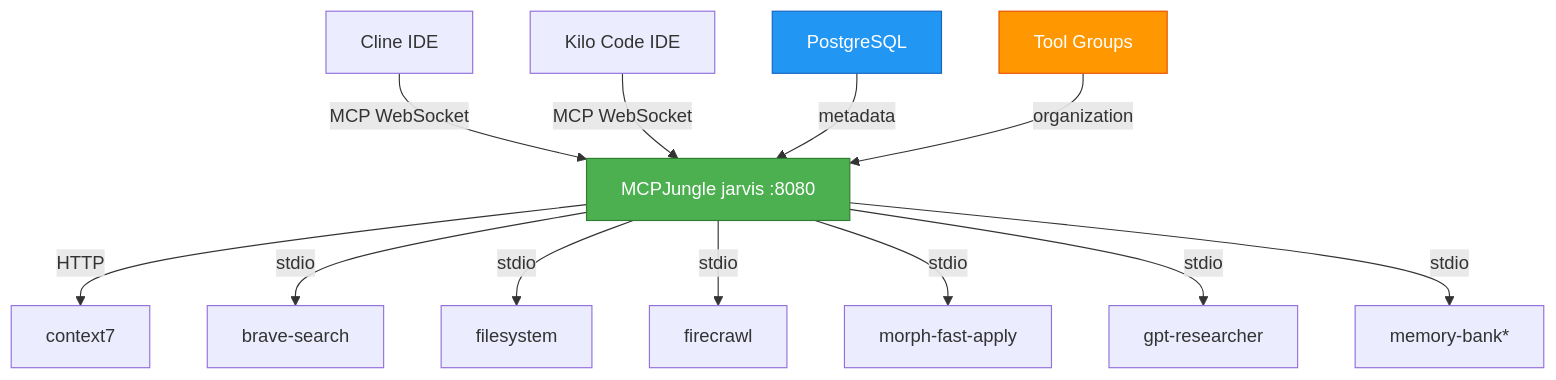
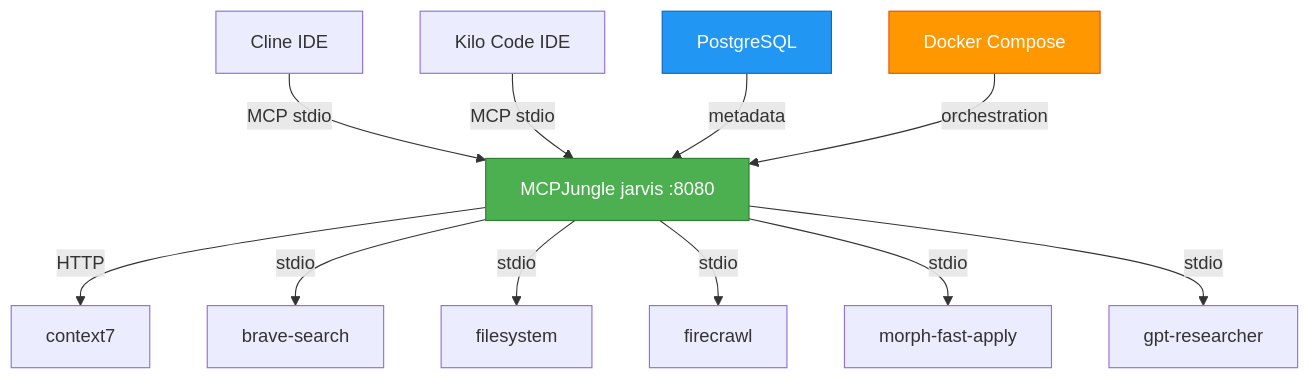
Before and after one commit to JRedeker/Jarvis-mcpm: the diagram in MCP-MASTER.md, drawn with Mermaid. The commit also changed other lines of this file and 15 other files, not shown here.

Commit message:
Complete cipher removal - MCPJungle-only architecture

````diff
--- a/MCP-MASTER.md
+++ b/MCP-MASTER.md
@@ -71,19 +71,18 @@
 ```mermaid
 graph TD
-    A[Cline IDE] -->|MCP WebSocket| B[MCPJungle jarvis :8080]
-    C[Kilo Code IDE] -->|MCP WebSocket| B
+    A[Cline IDE] -->|MCP stdio| B[MCPJungle jarvis :8080]
+    C[Kilo Code IDE] -->|MCP stdio| B
     B -->|HTTP| D[context7]
     B -->|stdio| E[brave-search]
     B -->|stdio| F[filesystem]
     B -->|stdio| G[firecrawl]
     B -->|stdio| H[morph-fast-apply]
     B -->|stdio| I[gpt-researcher]
-    B -->|stdio| J[memory-bank*]
 
     K[PostgreSQL] -->|metadata| B
-    L[Tool Groups] -->|organization| B
+    L[Docker Compose] -->|orchestration| B
 
     style B fill:#4CAF50,stroke:#2E7D32,color:#fff
     style K fill:#2196F3,stroke:#1565C0,color:#fff
     style L fill:#FF9800,stroke:#E65100,color:#fff
 ```
````
